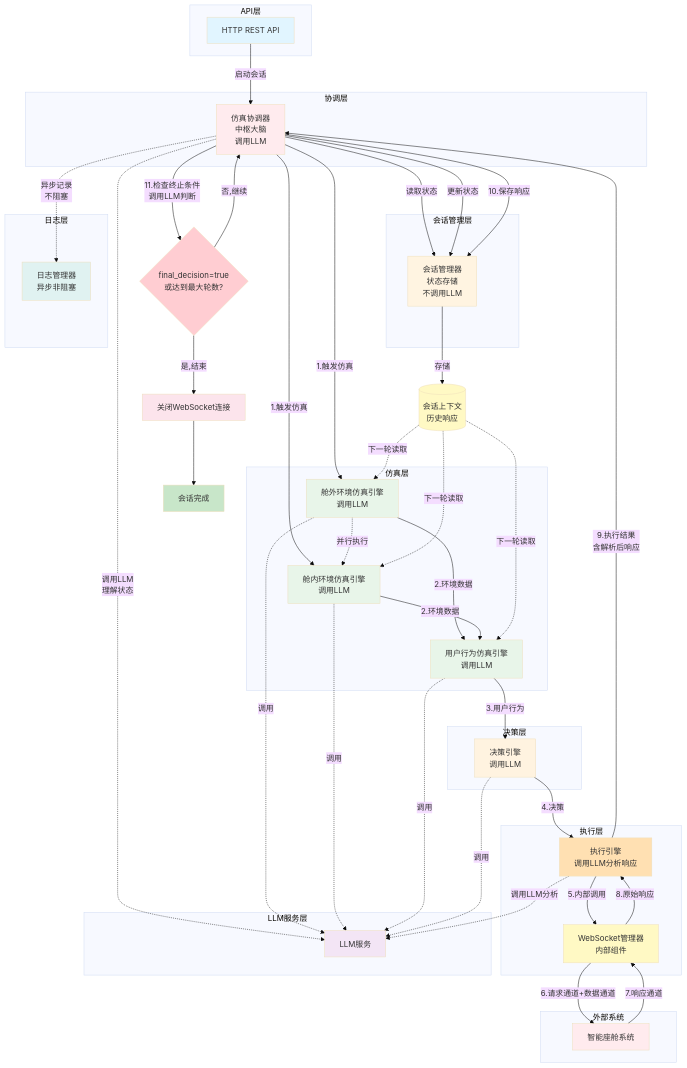
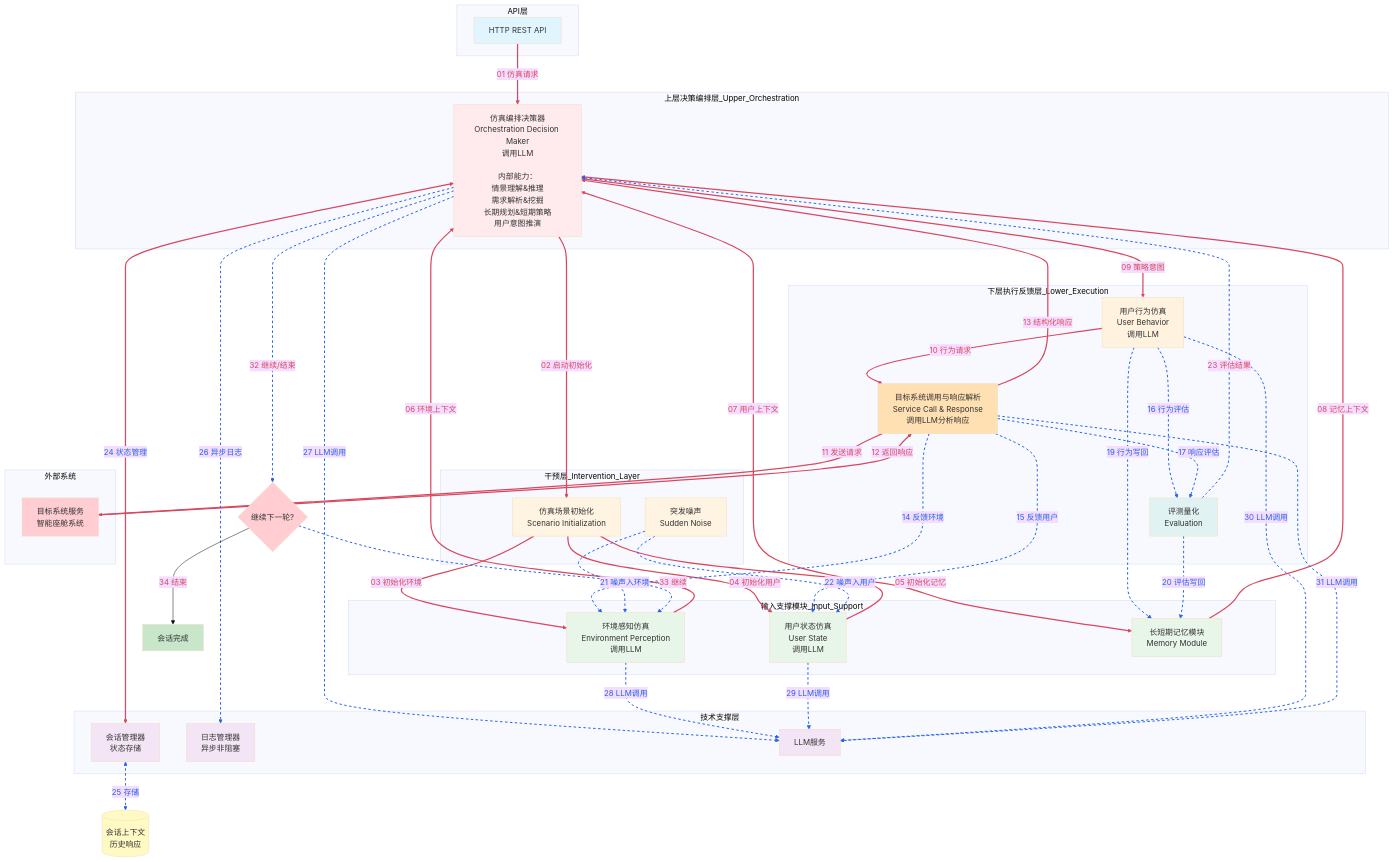
Before and after one commit to feuyeux/hello-olleh: the first of 3 diagrams in .kiro/specs/cabin-simulation-agent/design.md, drawn with Mermaid (base theme). The commit also changed other lines of this file and 1 other file, not shown here.

````diff
--- a/.kiro/specs/cabin-simulation-agent/design.md
+++ b/.kiro/specs/cabin-simulation-agent/design.md
@@ -279,99 +320,109 @@
         HTTP[HTTP REST API]
     end
     
-    subgraph 协调层
-        Coordinator[仿真协调器<br/>中枢大脑<br/>调用LLM]
+    subgraph 干预层_Intervention_Layer
+        SceneInit[仿真场景初始化<br/>Scenario Initialization]
+        Noise[突发噪声<br/>Sudden Noise]
     end
     
-    subgraph 会话管理层
-        SessionMgr[会话管理器<br/>状态存储<br/>不调用LLM]
+    subgraph 输入支撑模块_Input_Support
+        Env[环境感知仿真<br/>Environment Perception<br/>调用LLM]
+        UserState[用户状态仿真<br/>User State<br/>调用LLM]
+        Memory[长短期记忆模块<br/>Memory Module]
     end
     
-    subgraph 仿真层
-        ExtEnv[舱外环境仿真引擎<br/>调用LLM]
-        IntEnv[舱内环境仿真引擎<br/>调用LLM]
-        UserBehavior[用户行为仿真引擎<br/>调用LLM]
+    subgraph 上层决策编排层_Upper_Orchestration
+        Orchestrator[仿真编排决策器<br/>Orchestration Decision Maker<br/>调用LLM<br/><br/>内部能力：<br/>情景理解&推理<br/>需求解析&挖掘<br/>长期规划&短期策略<br/>用户意图推演]
     end
     
-    subgraph 决策层
-        DecisionEngine[决策引擎<br/>调用LLM]
+    subgraph 下层执行反馈层_Lower_Execution
+        Behavior[用户行为仿真<br/>User Behavior<br/>调用LLM]
+        ServiceCall[目标系统调用与响应解析<br/>Service Call & Response<br/>调用LLM分析响应]
+        Eval[评测量化<br/>Evaluation]
     end
     
-    subgraph 执行层
-        ExecutionEngine[执行引擎<br/>调用LLM分析响应]
-        WSManager[WebSocket管理器<br/>内部组件]
-    end
-    
-    subgraph 日志层
+    subgraph 技术支撑层
+        SessionMgr[会话管理器<br/>状态存储]
         LogManager[日志管理器<br/>异步非阻塞]
-    end
-    
-    subgraph LLM服务层
         LLMService[LLM服务]
     end
     
     subgraph 外部系统
-        SystemA[智能座舱系统]
+        TargetSystem[目标系统服务<br/>智能座舱系统]
     end
     
     ContextStore[(会话上下文<br/>历史响应)]
     
-    HTTP -->|启动会话| Coordinator
+    %% 主链路（红色 #d9485f）
+    HTTP -->|<span style='color:#d9485f'>01 仿真请求</span>| Orchestrator
+    Orchestrator -->|<span style='color:#d9485f'>02 启动初始化</span>| SceneInit
+    SceneInit -->|<span style='color:#d9485f'>03 初始化环境</span>| Env
+    SceneInit -->|<span style='color:#d9485f'>04 初始化用户</span>| UserState
+    SceneInit -->|<span style='color:#d9485f'>05 初始化记忆</span>| Memory
     
-    Coordinator -->|读取状态| SessionMgr
-    Coordinator -->|更新状态| SessionMgr
-    Coordinator -.调用LLM<br/>理解状态.-> LLMService
+    Env -->|<span style='color:#d9485f'>06 环境上下文</span>| Orchestrator
+    UserState -->|<span style='color:#d9485f'>07 用户上下文</span>| Orchestrator
+    Memory -->|<span style='color:#d9485f'>08 记忆上下文</span>| Orchestrator
     
-    Coordinator -->|1.触发仿真| ExtEnv
-    Coordinator -->|1.触发仿真| IntEnv
+    Orchestrator -->|<span style='color:#d9485f'>09 策略意图</span>| Behavior
+    Behavior -->|<span style='color:#d9485f'>10 行为请求</span>| ServiceCall
+    ServiceCall -->|<span style='color:#d9485f'>11 发送请求</span>| TargetSystem
+    TargetSystem -->|<span style='color:#d9485f'>12 返回响应</span>| ServiceCall
+    ServiceCall -->|<span style='color:#d9485f'>13 结构化响应</span>| Orchestrator
     
-    ExtEnv -.并行执行.-> IntEnv
-    ExtEnv -->|2.环境数据| UserBehavior
-    IntEnv -->|2.环境数据| UserBehavior
+    %% 环境&用户反馈链路（蓝色虚线 #2563eb）
+    ServiceCall -.->|<span style='color:#2563eb'>14 反馈环境</span>| Env
+    ServiceCall -.->|<span style='color:#2563eb'>15 反馈用户</span>| UserState
     
-    ExtEnv -.调用.-> LLMService
-    IntEnv -.调用.-> LLMService
-    UserBehavior -.调用.-> LLMService
+    %% 量化评估链路（蓝色虚线 #2563eb）
+    Behavior -.->|<span style='color:#2563eb'>16 行为评估</span>| Eval
+    ServiceCall -.->|<span style='color:#2563eb'>17 响应评估</span>| Eval
     
-    UserBehavior -->|3.用户行为| DecisionEngine
-    DecisionEngine -.调用.-> LLMService
-    DecisionEngine -->|4.决策| ExecutionEngine
+    %% 记忆更新链路（蓝色虚线 #2563eb）
+    Behavior -.->|<span style='color:#2563eb'>19 行为写回</span>| Memory
+    Eval -.->|<span style='color:#2563eb'>20 评估写回</span>| Memory
     
-    ExecutionEngine -->|5.内部调用| WSManager
-    WSManager -->|6.请求通道+数据通道| SystemA
+    %% 噪声扰动链路（蓝色虚线 #2563eb）
+    Noise -.->|<span style='color:#2563eb'>21 噪声入环境</span>| Env
+    Noise -.->|<span style='color:#2563eb'>22 噪声入用户</span>| UserState
     
-    SystemA -->|7.响应通道| WSManager
-    WSManager -->|8.原始响应| ExecutionEngine
-    ExecutionEngine -.调用LLM分析.-> LLMService
-    ExecutionEngine -->|9.执行结果<br/>含解析后响应| Coordinator
+    %% 评估回编排（红色 #d9485f）
+    Eval -->|<span style='color:#d9485f'>23 评估结果</span>| Orchestrator
     
-    Coordinator -.异步记录<br/>不阻塞.-> LogManager
+    %% 技术支撑（蓝色虚线 #2563eb）
+    Orchestrator <-->|<span style='color:#2563eb'>24 状态管理</span>| SessionMgr
+    SessionMgr <-->|<span style='color:#2563eb'>25 存储</span>| ContextStore
+    Orchestrator -.->|<span style='color:#2563eb'>26 异步日志</span>| LogManager
     
-    Coordinator -->|10.保存响应| SessionMgr
-    SessionMgr -->|存储| ContextStore
-    ContextStore -.下一轮读取.-> ExtEnv
-    ContextStore -.下一轮读取.-> IntEnv
-    ContextStore -.下一轮读取.-> UserBehavior
+    Orchestrator -.->|<span style='color:#2563eb'>27 LLM调用</span>| LLMService
+    Env -.->|<span style='color:#2563eb'>28 LLM调用</span>| LLMService
+    UserState -.->|<span style='color:#2563eb'>29 LLM调用</span>| LLMService
+    Behavior -.->|<span style='color:#2563eb'>30 LLM调用</span>| LLMService
+    ServiceCall -.->|<span style='color:#2563eb'>31 LLM调用</span>| LLMService
     
-    Coordinator -->|11.检查终止条件<br/>调用LLM判断| TermCheck{final_decision=true<br/>或达到最大轮数?}
-    TermCheck -->|否,继续| Coordinator
-    TermCheck -->|是,结束| EndSession[关闭WebSocket连接]
-    EndSession --> Done[会话完成]
+    %% 循环控制（红色 #d9485f）
+    Orchestrator -->|<span style='color:#d9485f'>32 继续/结束</span>| Decision{继续下一轮?}
+    Decision -->|<span style='color:#d9485f'>33 继续</span>| Env
+    Decision -->|<span style='color:#d9485f'>34 结束</span>| Done[会话完成]
     
     style HTTP fill:#e1f5ff
-    style Coordinator fill:#ffebee
-    style SessionMgr fill:#fff4e1
-    style ExtEnv fill:#e8f5e9
-    style IntEnv fill:#e8f5e9
-    style UserBehavior fill:#e8f5e9
-    style DecisionEngine fill:#fff3e0
-    style ExecutionEngine fill:#ffe0b2
-    style WSManager fill:#fff9c4
-    style LogManager fill:#e0f2f1
+    style SceneInit fill:#fff4e1
+    style Noise fill:#fff4e1
+    style Env fill:#e8f5e9
+    style UserState fill:#e8f5e9
+    style Memory fill:#e8f5e9
+    style Orchestrator fill:#ffebee
+    style Behavior fill:#fff3e0
+    style ServiceCall fill:#ffe0b2
+    style Eval fill:#e0f2f1
+    style SessionMgr fill:#f3e5f5
+    style LogManager fill:#f3e5f5
     style LLMService fill:#f3e5f5
-    style SystemA fill:#ffebee
+    style TargetSystem fill:#ffcdd2
     style ContextStore fill:#fff9c4
-    style TermCheck fill:#ffcdd2
-    style EndSession fill:#fce4ec
+    style Decision fill:#ffcdd2
     style Done fill:#c8e6c9
+    
+    linkStyle 0,1,2,3,4,5,6,7,8,9,10,11,12,22 stroke:#d9485f,stroke-width:2.5px
+    linkStyle 13,14,15,16,17,18,19,20,21,23,24,25,26,27,28,29,30,31 stroke:#2563eb,stroke-width:2px,stroke-dasharray:5
 ```
````
